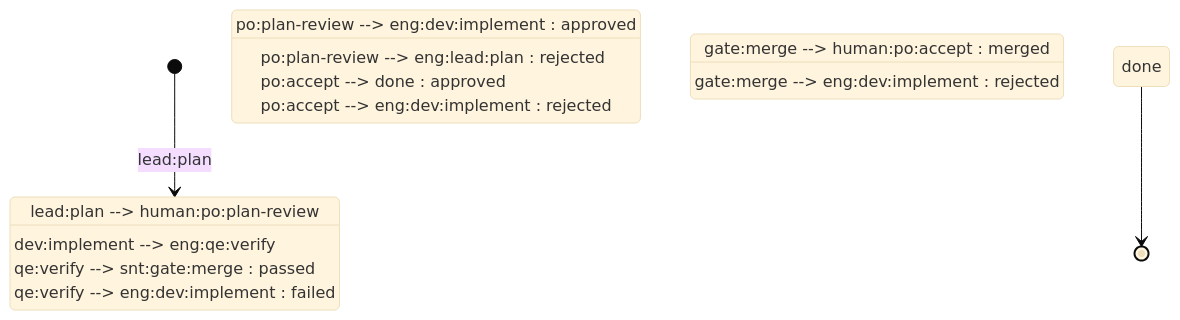
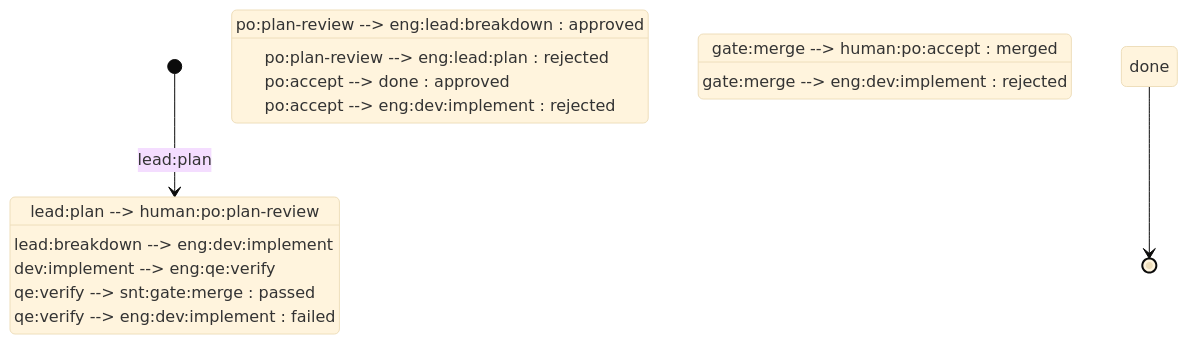
The second of 3 diagrams in profiles/agentic-sdlc-planning/PROCESS.md (botminter/botminter), drawn with Mermaid (base theme) before and after one commit. The commit also changed other lines of this file and 33 other files, not shown here.

````diff
--- a/profiles/agentic-sdlc-planning/PROCESS.md
+++ b/profiles/agentic-sdlc-planning/PROCESS.md
@@ -197,15 +212,16 @@
 ```mermaid
 stateDiagram-v2
     [*] --> eng:lead:plan
     eng:lead:plan --> human:po:plan-review
-    human:po:plan-review --> eng:dev:implement : approved
+    human:po:plan-review --> eng:lead:breakdown : approved
     human:po:plan-review --> eng:lead:plan : rejected
+    eng:lead:breakdown --> eng:dev:implement
     eng:dev:implement --> eng:qe:verify
     eng:qe:verify --> snt:gate:merge : passed
     eng:qe:verify --> eng:dev:implement : failed
     snt:gate:merge --> human:po:accept : merged
     snt:gate:merge --> eng:dev:implement : rejected
     human:po:accept --> done : approved
     human:po:accept --> eng:dev:implement : rejected
     done --> [*]
 ```
````
